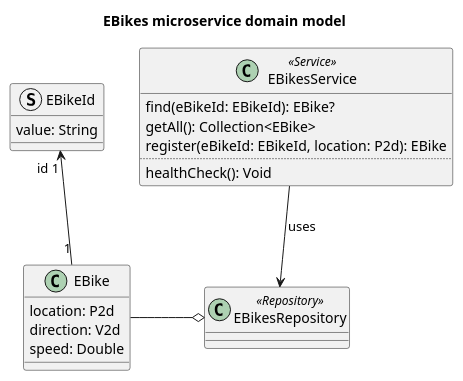
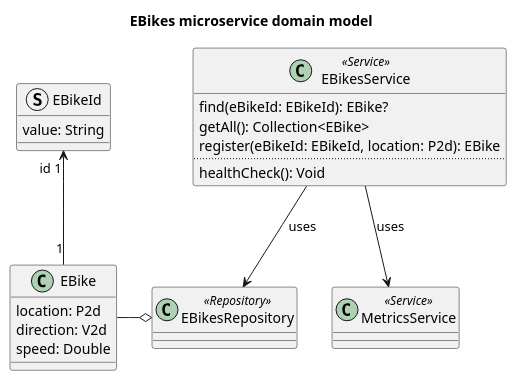
Before and after one commit to Ventus218/SAP-assignment-02: the diagram in doc/diagrams/src/ebikes-microservice-domain-model.puml, drawn with PlantUML. The commit also changed 3 other files, not shown here.

Commit message:
Added Metrics Service to domain model diagrams

```diff
--- a/doc/diagrams/src/ebikes-microservice-domain-model.puml
+++ b/doc/diagrams/src/ebikes-microservice-domain-model.puml
@@ -1,28 +1,31 @@
 @startuml ebikes-microservice-domain-model
 
 title EBikes microservice domain model
 
 class EBike {
     location: P2d
     direction: V2d
     speed: Double
 }
 struct EBikeId {
     value: String
 }
 EBike "1" -u-> "id 1" EBikeId
 
 class EBikesRepository <<Repository>> 
 EBikesRepository o-l- EBike
 
 class EBikesService <<Service>> {
     find(eBikeId: EBikeId): EBike?
     getAll(): Collection<EBike>
     register(eBikeId: EBikeId, location: P2d): EBike
     ..
     healthCheck(): Void
 }
 
 EBikesService --> EBikesRepository : "uses"
 
+class MetricsService <<Service>>
+EBikesService --> MetricsService : "uses"
+
 @enduml
```
